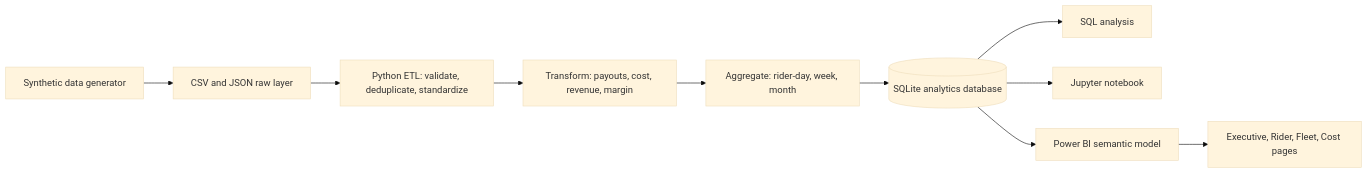
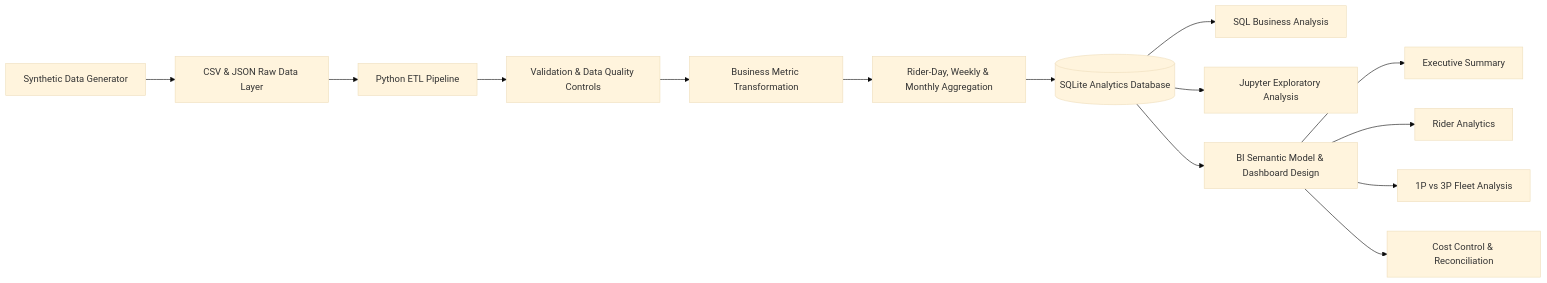
One commit to ms1706g/Delivery-Operations-Analytics-Dashboard- changed the first of 2 diagrams in README.md. Above: the diagram before and after it, drawn with Mermaid (base theme). The commit also changed other lines of this file, not shown here.

````diff
--- a/README.md
+++ b/README.md
@@ -50,12 +55,18 @@
 ```mermaid
 flowchart LR
-    A["Synthetic data generator"] --> B["CSV and JSON raw layer"]
-    B --> C["Python ETL: validate, deduplicate, standardize"]
-    C --> D["Transform: payouts, cost, revenue, margin"]
-    D --> E["Aggregate: rider-day, week, month"]
-    E --> F[("SQLite analytics database")]
-    F --> G["SQL analysis"]
-    F --> H["Jupyter notebook"]
-    F --> I["Power BI semantic model"]
-    I --> J["Executive, Rider, Fleet, Cost pages"]
+    A["Synthetic Data Generator"] --> B["CSV & JSON Raw Data Layer"]
+    B --> C["Python ETL Pipeline"]
+    C --> D["Validation & Data Quality Controls"]
+    D --> E["Business Metric Transformation"]
+    E --> F["Rider-Day, Weekly & Monthly Aggregation"]
+    F --> G[("SQLite Analytics Database")]
+
+    G --> H["SQL Business Analysis"]
+    G --> I["Jupyter Exploratory Analysis"]
+    G --> J["BI Semantic Model & Dashboard Design"]
+
+    J --> K["Executive Summary"]
+    J --> L["Rider Analytics"]
+    J --> M["1P vs 3P Fleet Analysis"]
+    J --> N["Cost Control & Reconciliation"]
 ```
````
